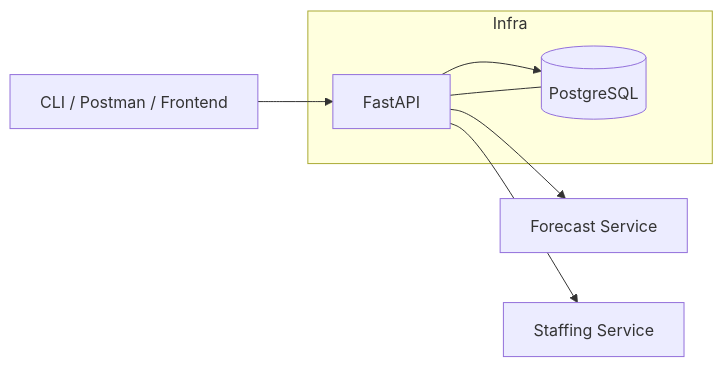
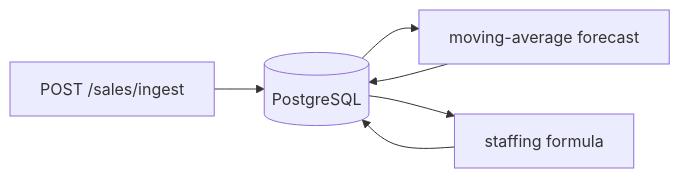
Before and after one commit to akincenk/Retail-Demand-Staffing-Optimizer: the diagram in README.md, drawn with Mermaid. The commit also changed other lines of this file and 2 other files, not shown here.

````diff
--- a/README.md
+++ b/README.md
@@ -16,10 +43,6 @@
 ```mermaid
 flowchart LR
-  Client[CLI / Postman / Frontend] --> API[FastAPI]
-  API --> DB[(PostgreSQL)]
-  API --> SvcForecast[Forecast Service]
-  API --> SvcStaff[Staffing Service]
-  subgraph Infra
-    API --- DB
-  end
+  Sales[POST /sales/ingest] --> DB[(PostgreSQL)]
+  DB --> F[moving-average forecast] --> DB
+  DB --> S[staffing formula] --> DB
 ```
````
